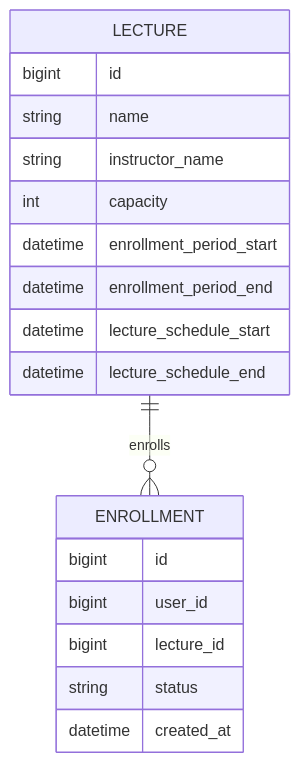
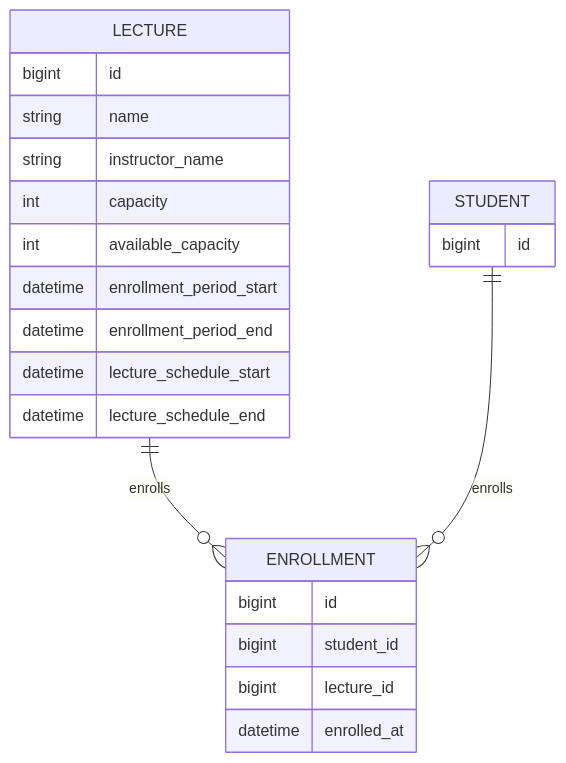
Before and after one commit to yuiyeong/week2_assignment: the second of 2 diagrams in README.md, drawn with Mermaid. The commit also changed other lines of this file, not shown here.

````diff
--- a/README.md
+++ b/README.md
@@ -61,23 +88,28 @@
 ```mermaid
 erDiagram
     LECTURE ||--o{ ENROLLMENT: enrolls
+    STUDENT ||--o{ ENROLLMENT: enrolls
 
     LECTURE {
         bigint id
         string name
         string instructor_name
         int capacity
+        int available_capacity
         datetime enrollment_period_start
         datetime enrollment_period_end
         datetime lecture_schedule_start
         datetime lecture_schedule_end
     }
 
     ENROLLMENT {
         bigint id
-        bigint user_id
+        bigint student_id
         bigint lecture_id
-        string status
-        datetime created_at
+        datetime enrolled_at
+    }
+
+    STUDENT {
+        bigint id
     }
 ```
````
